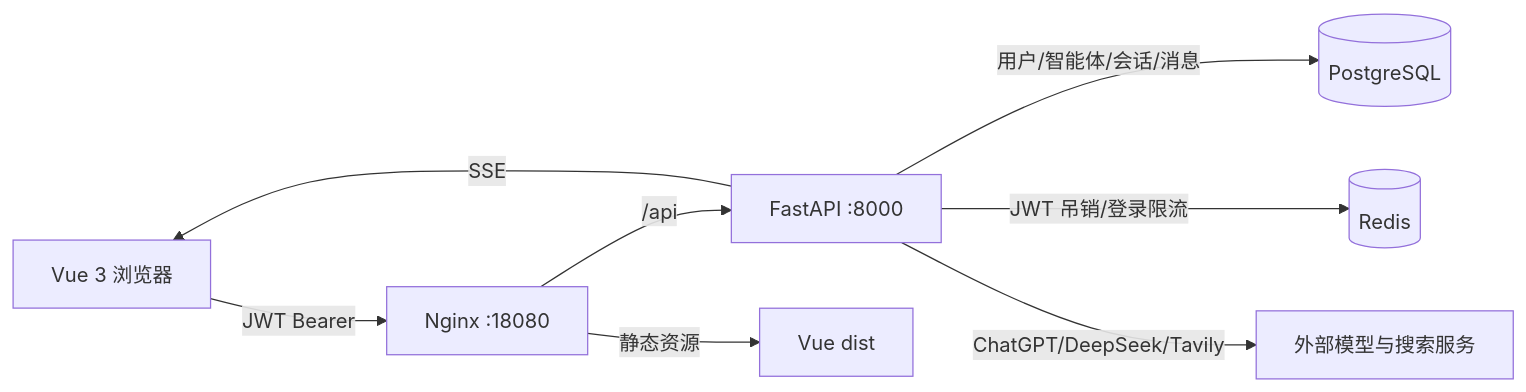
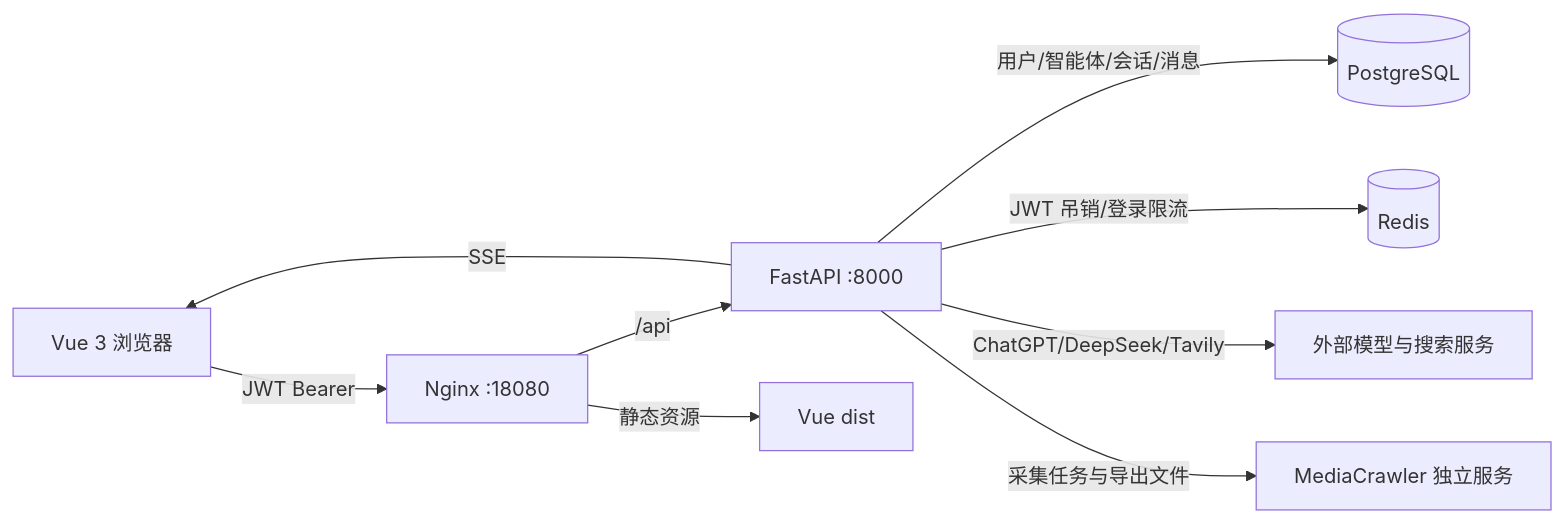
One commit to MingColdMoon/agent-chat changed the diagram in README.md. Above: the diagram before and after it, drawn with Mermaid. The commit also changed other lines of this file and 41 other files, not shown here.

Commit message:
feat: add MediaCrawler agent and LeiBox UI

````diff
--- a/README.md
+++ b/README.md
@@ -90,10 +104,11 @@
 ```mermaid
 flowchart LR
     Browser[Vue 3 浏览器] -->|JWT Bearer| Nginx[Nginx :18080]
     Nginx -->|/api| API[FastAPI :8000]
     Nginx -->|静态资源| Vue[Vue dist]
     API -->|用户/智能体/会话/消息| PG[(PostgreSQL)]
     API -->|JWT 吊销/登录限流| Redis[(Redis)]
     API -->|SSE| Browser
     API -->|ChatGPT/DeepSeek/Tavily| External[外部模型与搜索服务]
+    API -->|采集任务与导出文件| Crawler[MediaCrawler 独立服务]
 ```
````
